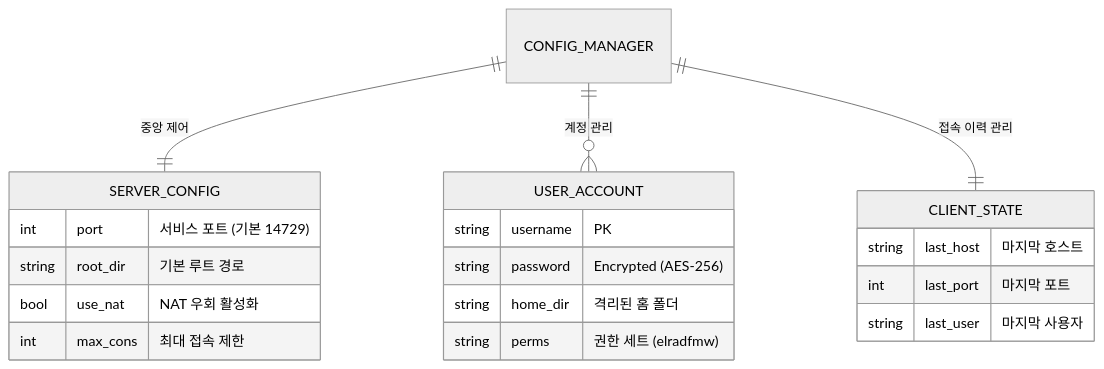
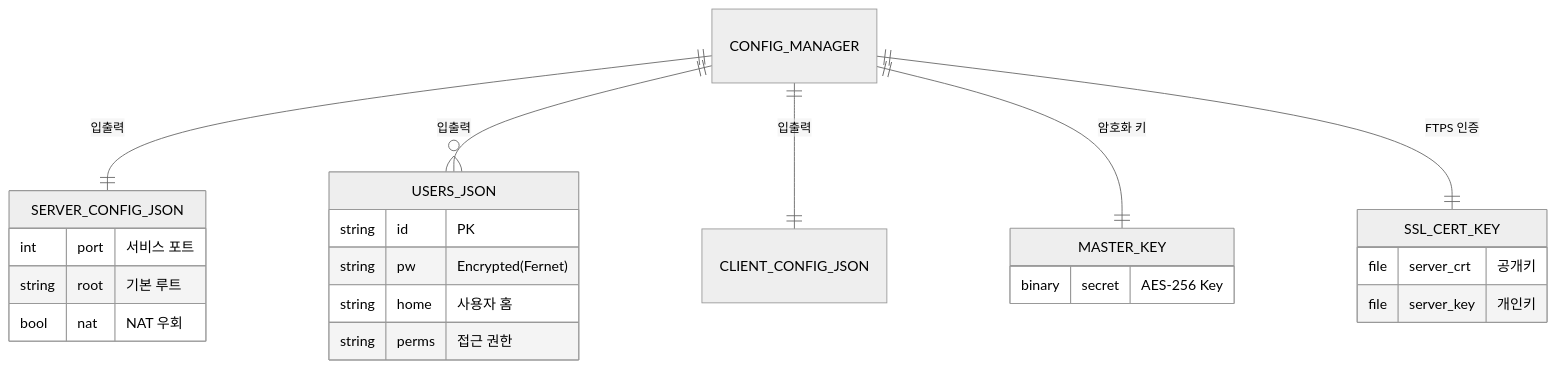
Before and after one commit to hslcrb/simftp: the first of 2 diagrams in README.md, drawn with Mermaid (neutral theme). The commit also changed other lines of this file and 1 other file, not shown here.

Commit message:
Docs/Feat: Update README with detailed structure/ERD and implement 3-step warning (1/3, 2/3, 3/3) for critical resets

````diff
--- a/README.md
+++ b/README.md
@@ -12,26 +15,30 @@
 ```mermaid
 erDiagram
-    CONFIG_MANAGER ||--|| SERVER_CONFIG : "중앙 제어"
-    CONFIG_MANAGER ||--o{ USER_ACCOUNT : "계정 관리"
-    CONFIG_MANAGER ||--|| CLIENT_STATE : "접속 이력 관리"
+    CONFIG_MANAGER ||--|| SERVER_CONFIG_JSON : "입출력"
+    CONFIG_MANAGER ||--o{ USERS_JSON : "입출력"
+    CONFIG_MANAGER ||--|| CLIENT_CONFIG_JSON : "입출력"
+    CONFIG_MANAGER ||--|| MASTER_KEY : "암호화 키"
+    CONFIG_MANAGER ||--|| SSL_CERT_KEY : "FTPS 인증"
 
-    SERVER_CONFIG {
-        int port "서비스 포트 (기본 14729)"
-        string root_dir "기본 루트 경로"
-        bool use_nat "NAT 우회 활성화"
-        int max_cons "최대 접속 제한"
+    SERVER_CONFIG_JSON {
+        int port "서비스 포트"
+        string root "기본 루트"
+        bool nat "NAT 우회"
     }
 
-    USER_ACCOUNT {
-        string username "PK"
-        string password "Encrypted (AES-256)"
-        string home_dir "격리된 홈 폴더"
-        string perms "권한 세트 (elradfmw)"
+    USERS_JSON {
+        string id "PK"
+        string pw "Encrypted(Fernet)"
+        string home "사용자 홈"
+        string perms "접근 권한"
     }
 
-    CLIENT_STATE {
-        string last_host "마지막 호스트"
-        int last_port "마지막 포트"
-        string last_user "마지막 사용자"
+    MASTER_KEY {
+        binary secret "AES-256 Key"
+    }
+
+    SSL_CERT_KEY {
+        file server_crt "공개키"
+        file server_key "개인키"
     }
 ```
````
